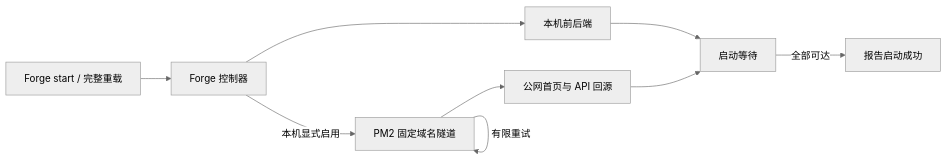
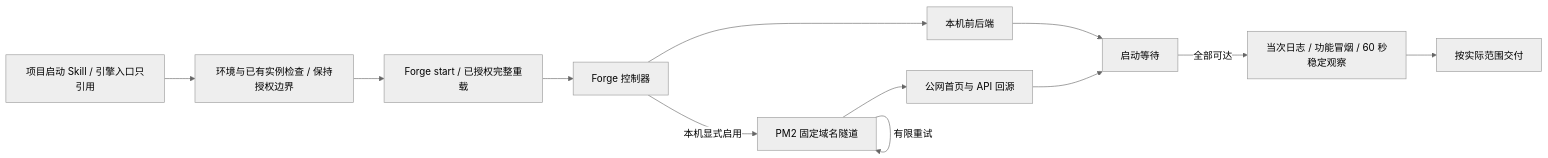
Diagram 33 of 44 in docs/ai-coding-architecture.md (exception-coder/kai-toolbox), drawn with Mermaid (neutral theme) before and after one commit. The commit also changed other lines of this file and 8 other files, not shown here.

````diff
--- a/docs/ai-coding-architecture.md
+++ b/docs/ai-coding-architecture.md
@@ -872,10 +872,13 @@
 ```mermaid
 flowchart LR
-    START["Forge start / 完整重载"] --> CTRL["Forge 控制器"]
+    GUIDE["项目启动 Skill / 引擎入口只引用"] --> CHECK["环境与已有实例检查 / 保持授权边界"]
+    CHECK --> START["Forge start / 已授权完整重载"]
+    START --> CTRL["Forge 控制器"]
     CTRL --> APP["本机前后端"]
     CTRL -->|本机显式启用| TUNNEL["PM2 固定域名隧道"]
     TUNNEL -->|有限重试| TUNNEL
     APP --> READY["启动等待"]
     TUNNEL --> PUBLIC["公网首页与 API 回源"] --> READY
-    READY -->|全部可达| SUCCESS["报告启动成功"]
+    READY -->|全部可达| VERIFY["当次日志 / 功能冒烟 / 60 秒稳定观察"]
+    VERIFY --> SUCCESS["按实际范围交付"]
 ```
````
